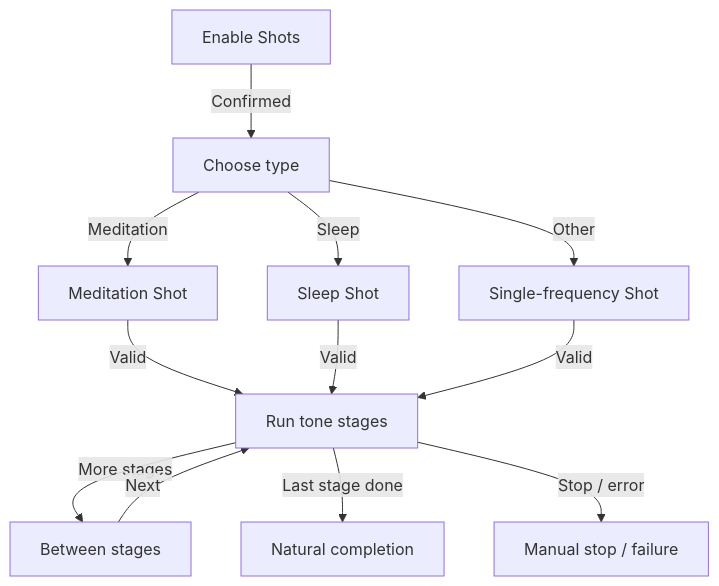
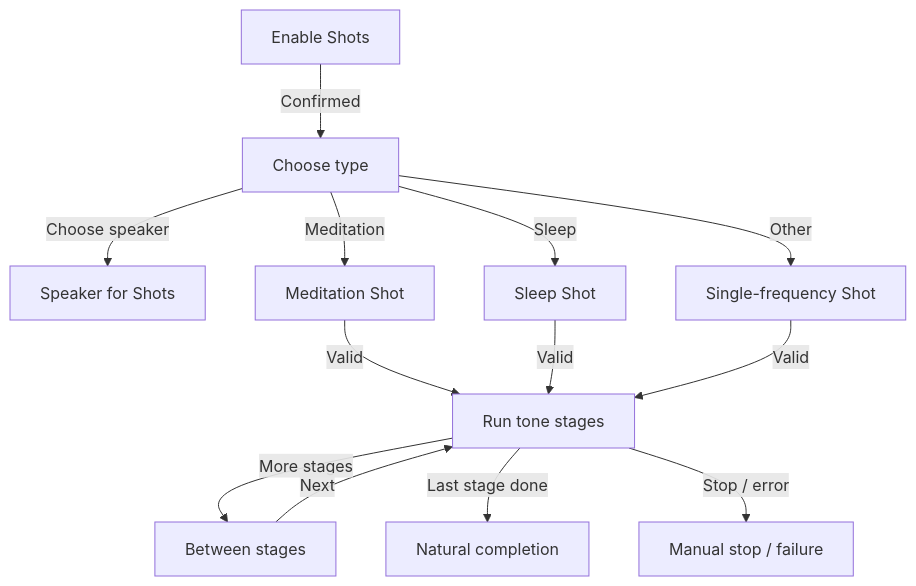
Diagram 15 of 56 in docs/app-map/FLOW-REFERENCE.md (missionode/lite), drawn with Mermaid before and after one commit. The commit also changed other lines of this file and 78 other files, not shown here.

First line of the commit message:
feat(shots): play Shots from one built-in speaker (bottom speaker)

````diff
--- a/docs/app-map/FLOW-REFERENCE.md
+++ b/docs/app-map/FLOW-REFERENCE.md
@@ -832,23 +832,25 @@
 ```mermaid
 flowchart TD
   enable["Enable Shots"]
   type["Choose type"]
+  speaker["Speaker for Shots"]
   med["Meditation Shot"]
   sleep["Sleep Shot"]
   single["Single-frequency Shot"]
   run["Run tone stages"]
   gaps["Between stages"]
   reload["Natural completion"]
   abort["Manual stop / failure"]
   enable -->|"Confirmed"| type
+  type -->|"Choose speaker"| speaker
   type -->|"Meditation"| med
   type -->|"Sleep"| sleep
   type -->|"Other"| single
   med -->|"Valid"| run
   sleep -->|"Valid"| run
   single -->|"Valid"| run
   run -->|"More stages"| gaps
   gaps -->|"Next"| run
   run -->|"Last stage done"| reload
   run -->|"Stop / error"| abort
 ```
````
